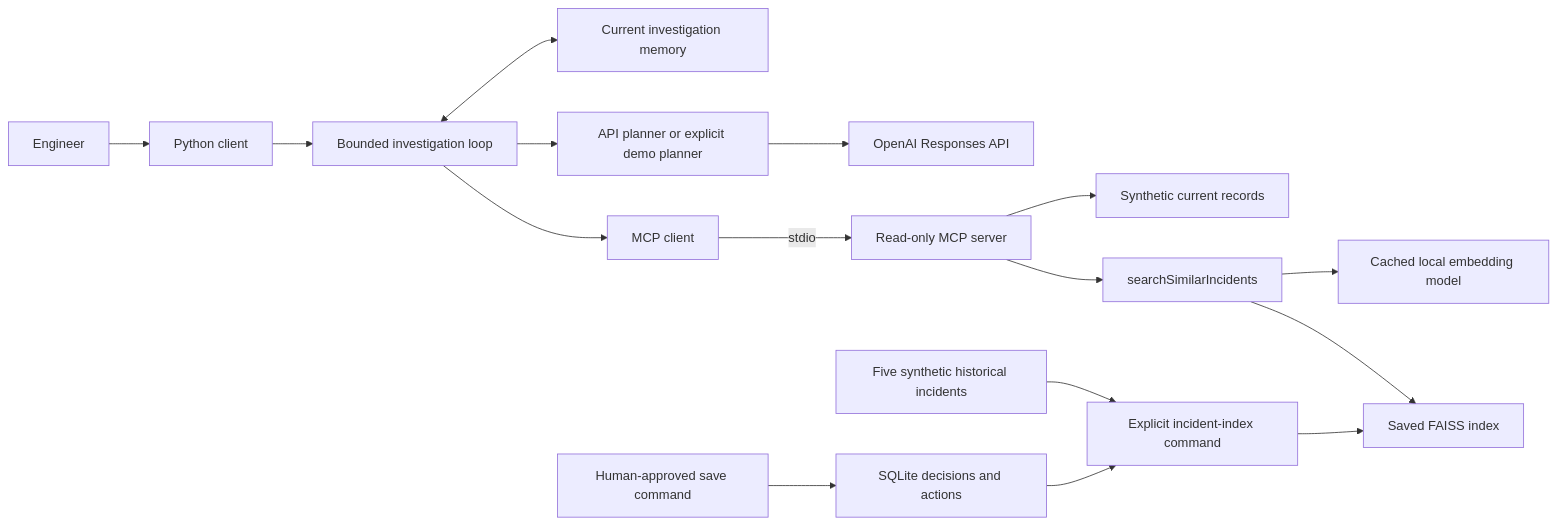
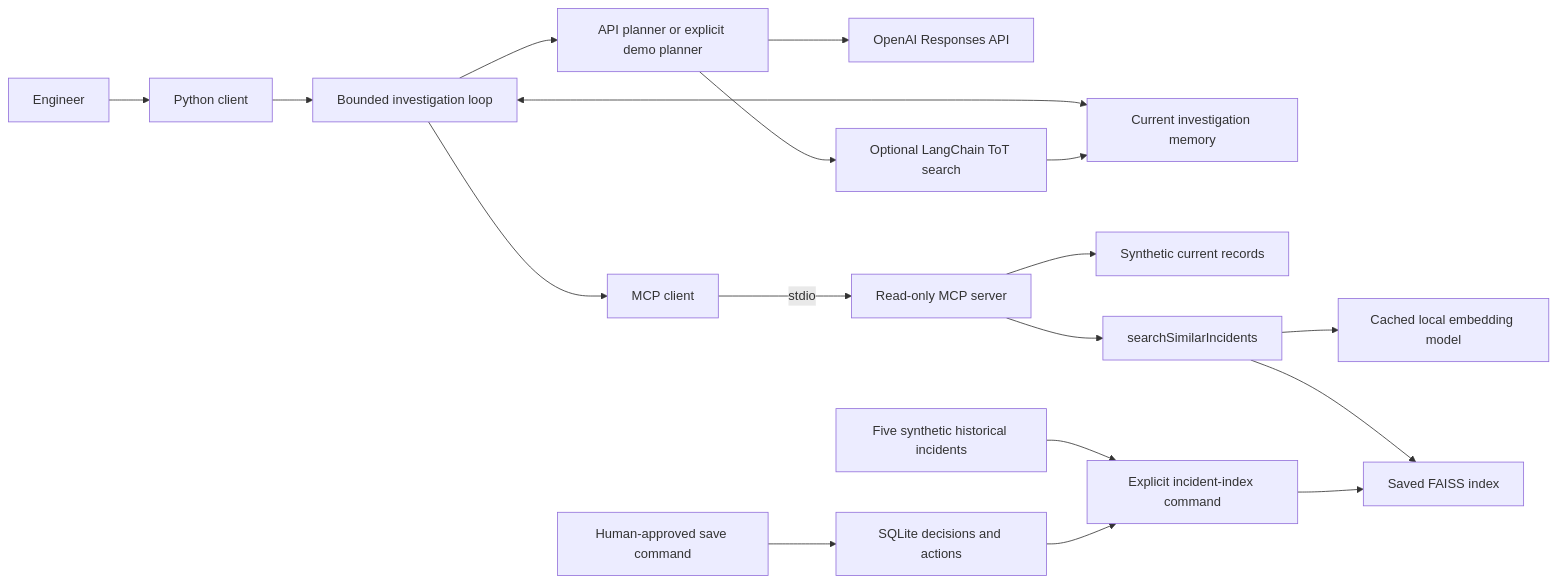
The diagram in docs/architecture.md (SthotaS/incident-investigation-agent), drawn with Mermaid before and after one commit. The commit also changed other lines of this file and 15 other files, not shown here.

````diff
--- a/docs/architecture.md
+++ b/docs/architecture.md
@@ -3,18 +3,20 @@
 ```mermaid
 flowchart LR
     Engineer --> Client[Python client]
     Client --> Loop[Bounded investigation loop]
     Loop <--> Memory[Current investigation memory]
     Loop --> Planner[API planner or explicit demo planner]
     Planner --> API[OpenAI Responses API]
+    Planner --> ToT[Optional LangChain ToT search]
+    ToT --> Memory
     Loop --> Gateway[MCP client]
     Gateway -->|stdio| Server[Read-only MCP server]
     Server --> Current[Synthetic current records]
     Server --> Search[searchSimilarIncidents]
     Search --> Embed[Cached local embedding model]
     Search --> Index[Saved FAISS index]
     Build[Explicit incident-index command] --> Index
     Past[Five synthetic historical incidents] --> Build
     HumanSave[Human-approved save command] --> DB[SQLite decisions and actions]
     DB --> Build
 ```
````
